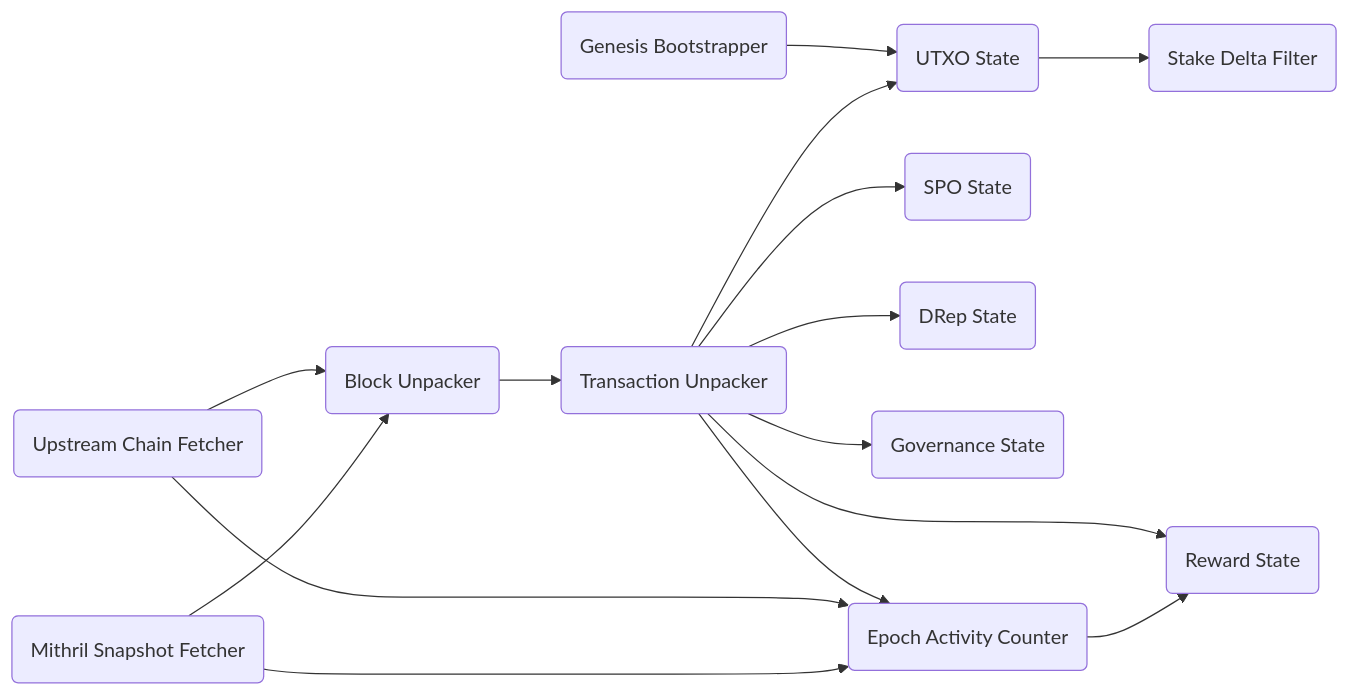
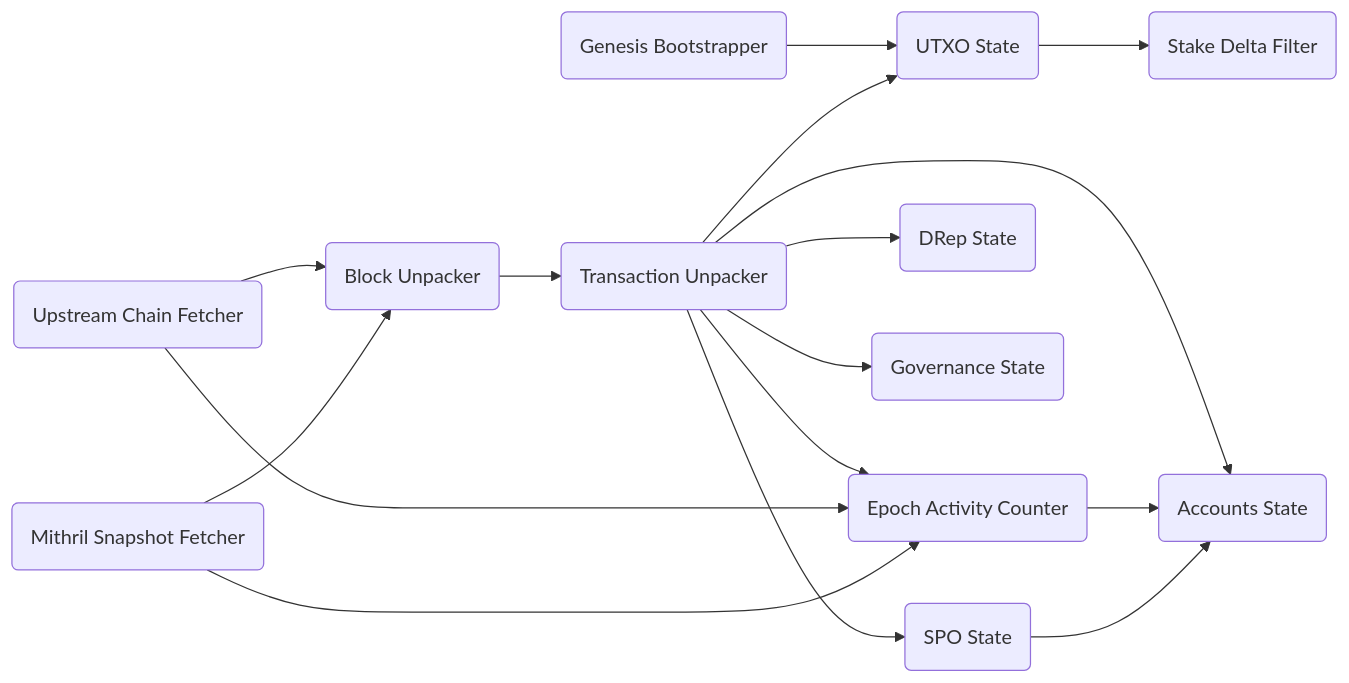
Before and after one commit to input-output-hk/acropolis: the second of 2 diagrams in README.md, drawn with Mermaid. The commit also changed other lines of this file and 8 other files, not shown here.

First line of the commit message:
Rename reward_state to accounts_state

````diff
--- a/README.md
+++ b/README.md
@@ -64,31 +64,32 @@
 ```mermaid
 graph LR
 
    UpstreamChainFetcher(Upstream Chain Fetcher)
    GenesisBootstrapper(Genesis Bootstrapper)
    MithrilSnapshotFetcher(Mithril Snapshot Fetcher)
    BlockUnpacker(Block Unpacker)
    TxUnpacker(Transaction Unpacker)
    UTXOState(UTXO State)
    SPOState(SPO State)
    DRepState(DRep State)
    GovernanceState(Governance State)
    StakeDeltaFilter(Stake Delta Filter)
    EpochActivityCounter(Epoch Activity Counter)
-   RewardState(Reward State)
+   AccountsState(Accounts State)
 
    UpstreamChainFetcher --> BlockUnpacker
    MithrilSnapshotFetcher --> BlockUnpacker
    BlockUnpacker --> TxUnpacker
    GenesisBootstrapper --> UTXOState
    TxUnpacker --> UTXOState
    TxUnpacker --> EpochActivityCounter
-   TxUnpacker --> RewardState
+   TxUnpacker --> AccountsState
    TxUnpacker --> SPOState
    TxUnpacker --> DRepState
    TxUnpacker --> GovernanceState
    UTXOState --> StakeDeltaFilter
    UpstreamChainFetcher --> EpochActivityCounter
    MithrilSnapshotFetcher --> EpochActivityCounter
-   EpochActivityCounter --> RewardState
+   EpochActivityCounter --> AccountsState
+   SPOState --> AccountsState
 ```
````
